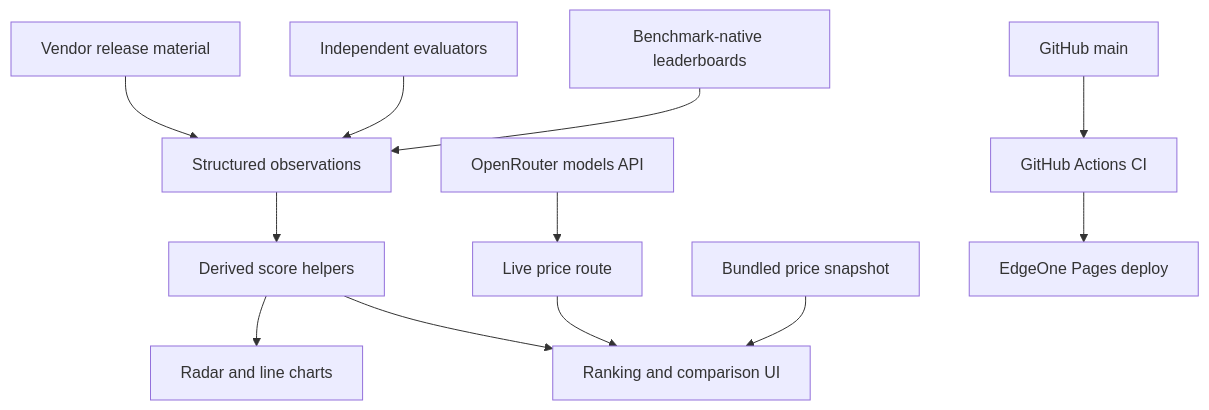
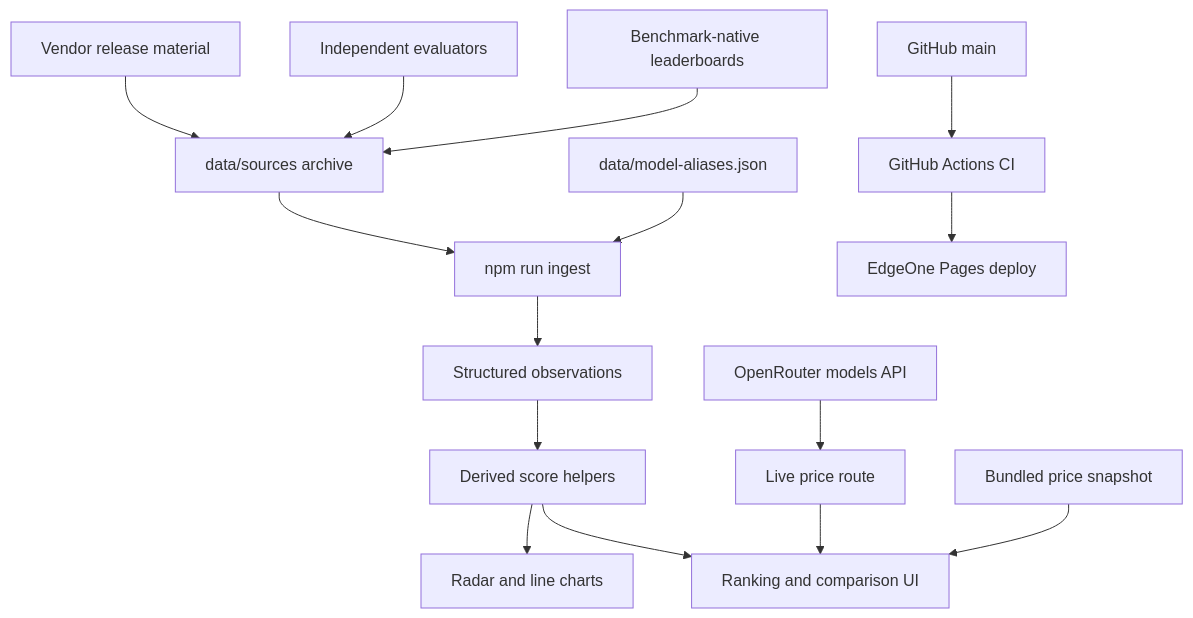
Before and after one commit to Quarkgluonmixture/ai-model-observatory: the first of 3 diagrams in docs/ARCHITECTURE.md, drawn with Mermaid. The commit also changed other lines of this file and 3 other files, not shown here.

````diff
--- a/docs/ARCHITECTURE.md
+++ b/docs/ARCHITECTURE.md
@@ -7,14 +7,17 @@
 ```mermaid
 flowchart TD
-    A[Benchmark-native leaderboards] --> D[Structured observations]
-    B[Independent evaluators] --> D
-    C[Vendor release material] --> D
+    A[Benchmark-native leaderboards] --> R[data/sources archive]
+    B[Independent evaluators] --> R
+    C[Vendor release material] --> R
+    R --> N[npm run ingest]
+    AL[data/model-aliases.json] --> N
+    N --> D[Structured observations]
     D --> E[Derived score helpers]
     E --> F[Ranking and comparison UI]
     E --> G[Radar and line charts]
     H[OpenRouter models API] --> I[Live price route]
     I --> F
     J[Bundled price snapshot] --> F
     K[GitHub main] --> L[GitHub Actions CI]
     L --> M[EdgeOne Pages deploy]
 ```
````
